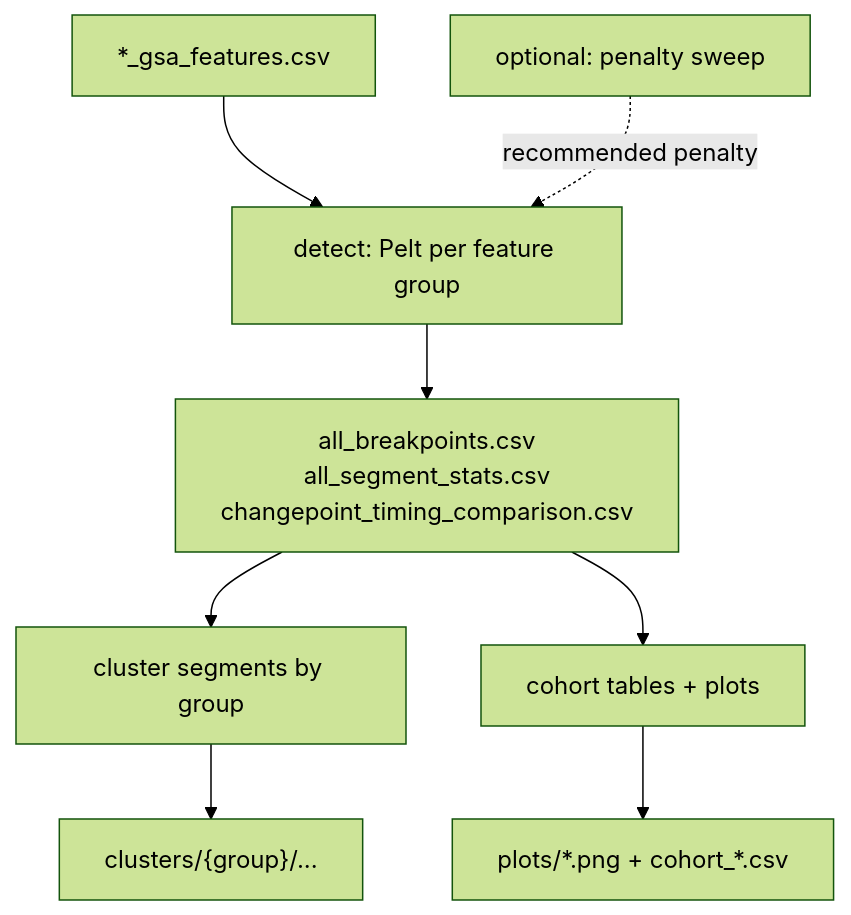
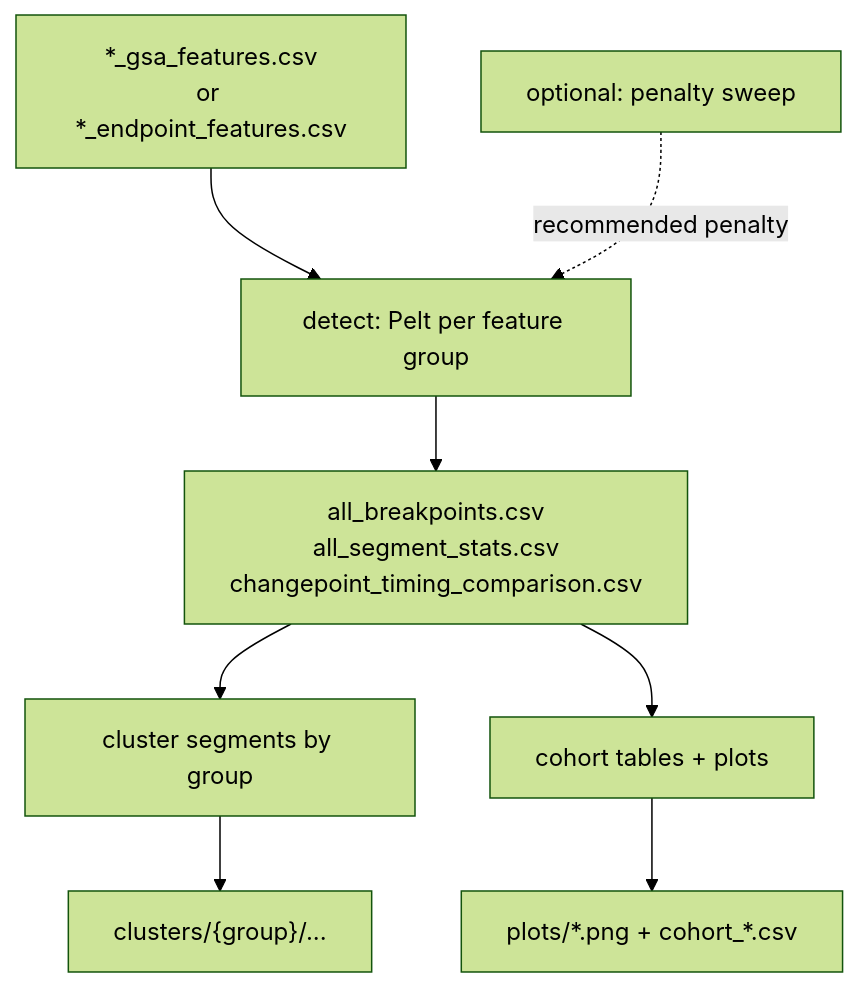
The first of 2 diagrams in docs/changepoint_pipeline.md (zonezone12/MDchat), drawn with Mermaid (forest theme) before and after one commit. The commit also changed other lines of this file and 13 other files, not shown here.

````diff
--- a/docs/changepoint_pipeline.md
+++ b/docs/changepoint_pipeline.md
@@ -26,10 +43,10 @@
 ```mermaid
 flowchart TD
-    feats["*_gsa_features.csv"] --> detect
+    feats["*_gsa_features.csv<br/>or *_endpoint_features.csv"] --> detect
     detect["detect: Pelt per feature group"] --> tables["all_breakpoints.csv<br/>all_segment_stats.csv<br/>changepoint_timing_comparison.csv"]
     sweep["optional: penalty sweep"] -.->|"recommended penalty"| detect
     tables --> cluster["cluster segments by group"]
     tables --> summarize["cohort tables + plots"]
     cluster --> clusters["clusters/{group}/..."]
     summarize --> plots["plots/*.png + cohort_*.csv"]
 ```
````
